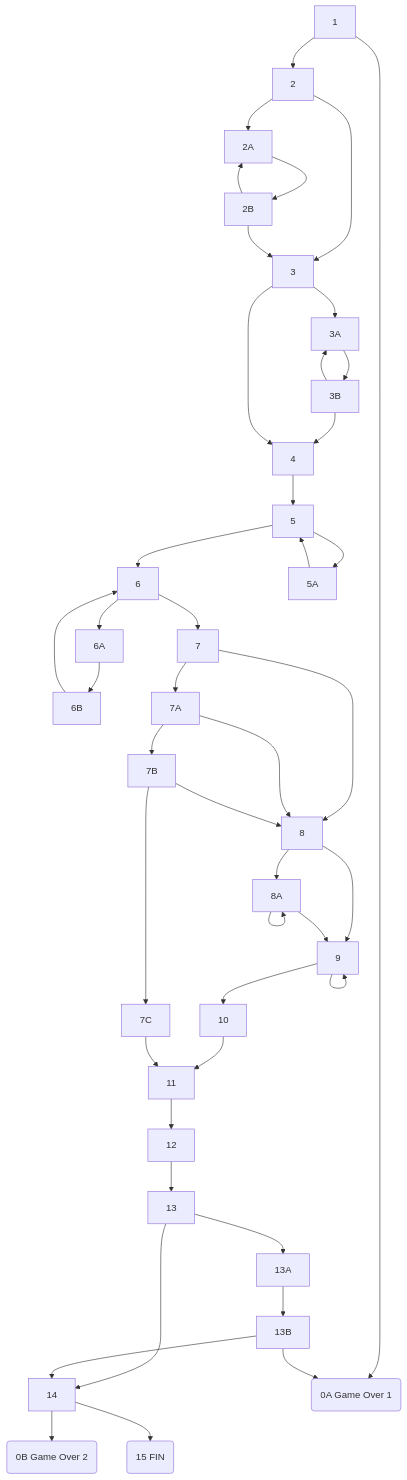
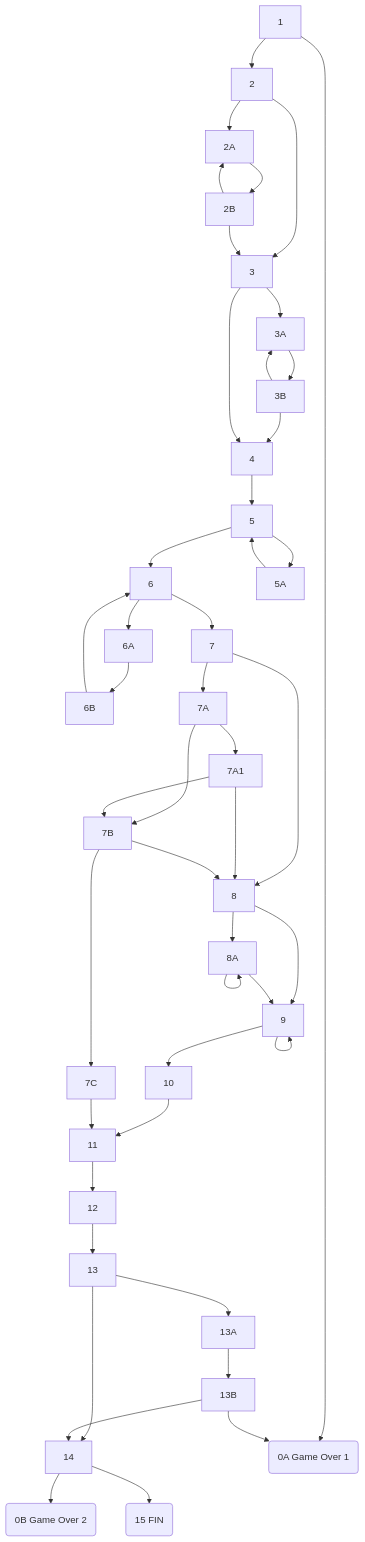
Before and after one commit to tecnibus5/EscapeRoomBUS: the third of 3 diagrams in README.md, drawn with Mermaid. The commit also changed other lines of this file, not shown here.

````diff
--- a/README.md
+++ b/README.md
@@ -390,46 +400,48 @@
 ```mermaid
 graph TD
     1 --> 0A:(0A Game Over 1)
     1 --> 2
     2 --> 2A
     2 --> 3
     2A --> 2B
     2B --> 2A
     2B --> 3
     3 --> 3A
     3A --> 3B
     3B --> 3A
     3B --> 4
     3 --> 4
     4 --> 5
     5 --> 5A
     5A --> 5
     5 --> 6
     6 --> 6A
     6A --> 6B
     6B --> 6
     6 --> 7
     7 --> 7A
     7 --> 8
     7A --> 7B
-    7A --> 8
+    7A --> 7A1
+    7A1 --> 7B
+    7A1 --> 8
     7B --> 8
     7B --> 7C
     8 --> 8A
     8A --> 8A
     8 --> 9
     8A --> 9
     9 --> 9
     9 --> 10
     10 --> 11
     7C --> 11
     11 --> 12
     12 --> 13
     13 --> 13A
     13A --> 13B
     13B --> 0A:(0A Game Over 1)
     13 --> 14
     13B --> 14
     14 --> 0B:(0B Game Over 2)
     14 --> 15(15 FIN)
 ```
````
